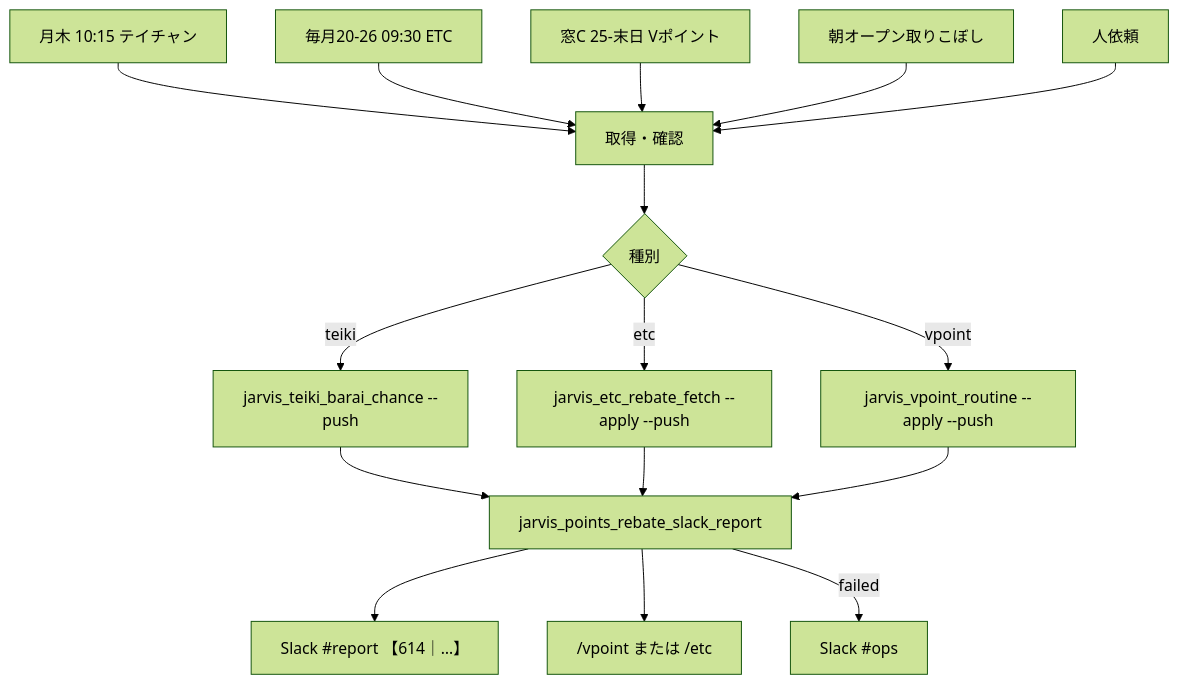
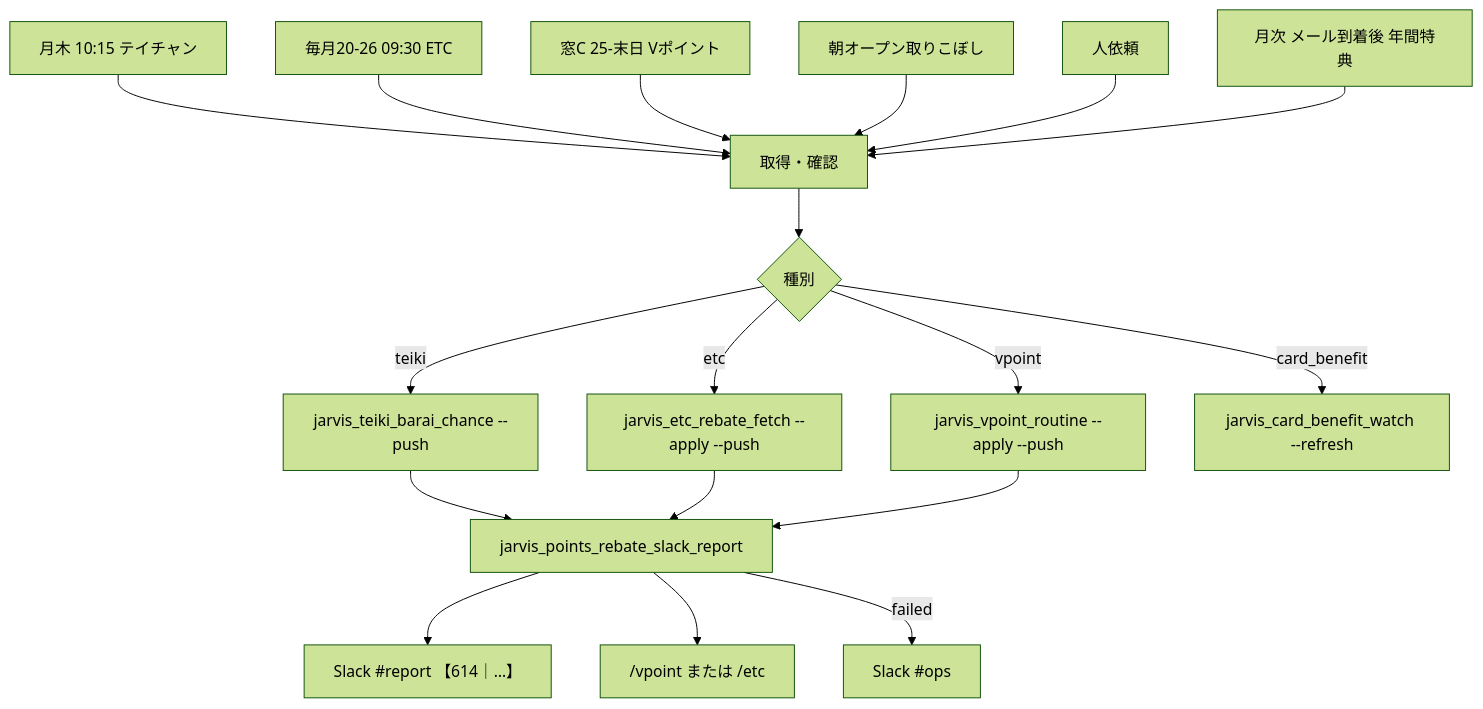
Before and after one commit to m19mhrts83-cyber/project-GE: the diagram in docs/AIエージェントチーム/600_リソース・家計室/614_ポイント・還元ウォッチ係/flow.md, drawn with Mermaid (forest theme). The commit also changed other lines of this file and 7 other files, not shown here.

````diff
--- a/docs/AIエージェントチーム/600_リソース・家計室/614_ポイント・還元ウォッチ係/flow.md
+++ b/docs/AIエージェントチーム/600_リソース・家計室/614_ポイント・還元ウォッチ係/flow.md
@@ -21,18 +21,20 @@
 ```mermaid
 flowchart TD
   T1[月木 10:15 テイチャン] --> A[取得・確認]
   T2[毎月20-26 09:30 ETC] --> A
   T3[窓C 25-末日 Vポイント] --> A
   T4[朝オープン取りこぼし] --> A
   T5[人依頼] --> A
+  T6[月次 メール到着後 年間特典] --> A
   A --> B{種別}
   B -->|teiki| C1[jarvis_teiki_barai_chance --push]
   B -->|etc| C2[jarvis_etc_rebate_fetch --apply --push]
   B -->|vpoint| C3[jarvis_vpoint_routine --apply --push]
+  B -->|card_benefit| C4[jarvis_card_benefit_watch --refresh]
   C1 --> D[jarvis_points_rebate_slack_report]
   C2 --> D
   C3 --> D
   D --> E["Slack #report 【614｜…】"]
   D --> F["/vpoint または /etc"]
   D -->|failed| G["Slack #ops"]
 ```
````
